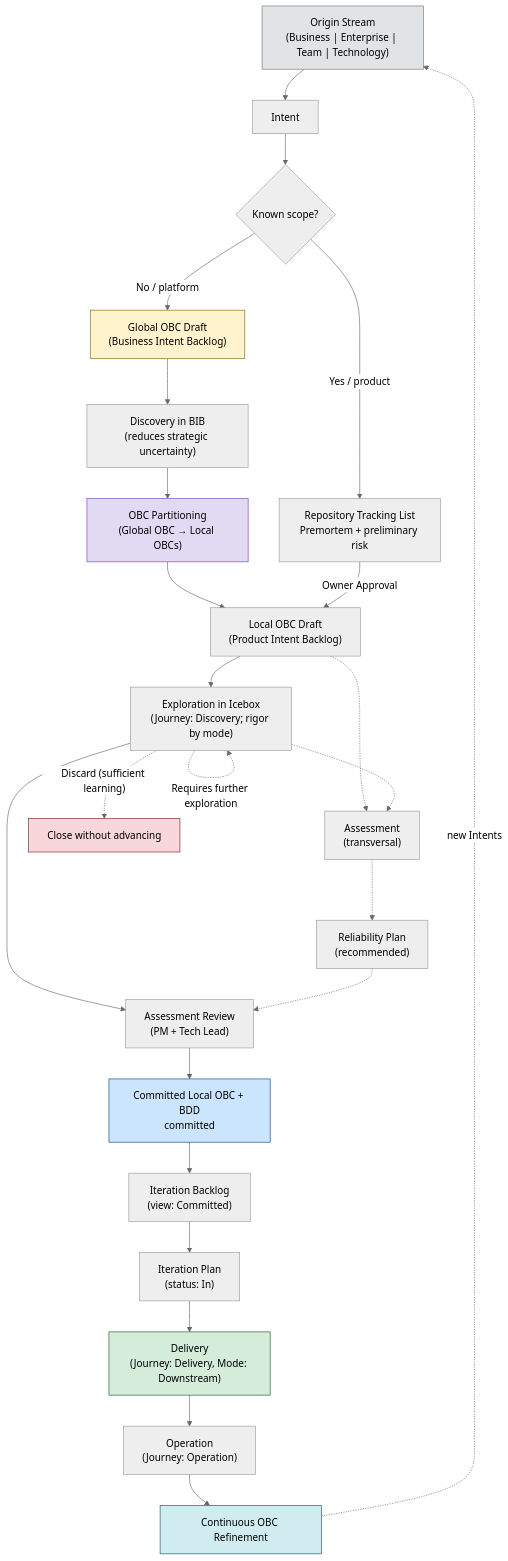
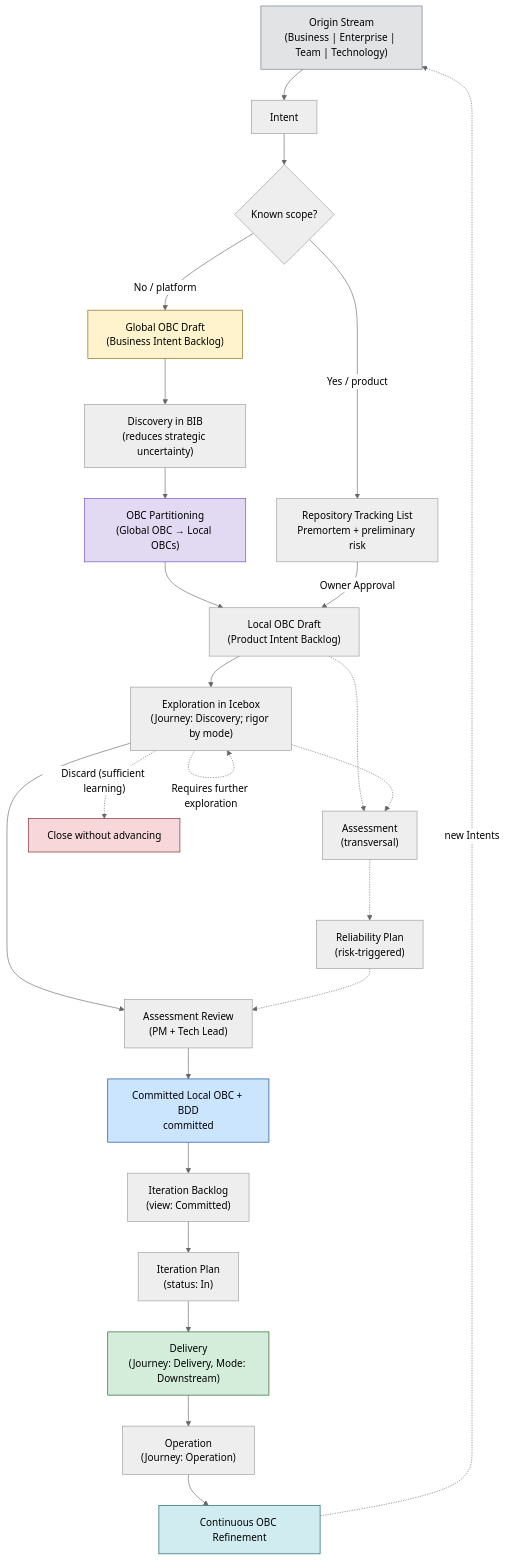
The diagram in prodops/framework/flow.en.md (produtoreativo/payments-api), drawn with Mermaid (neutral theme) before and after one commit. The commit also changed other lines of this file and 15 other files, not shown here.

````diff
--- a/prodops/framework/flow.en.md
+++ b/prodops/framework/flow.en.md
@@ -19,53 +19,53 @@
 ```mermaid
 flowchart TD
     OS["Origin Stream\n(Business | Enterprise | Team | Technology)"]
     I["Intent"]
     CHOICE{"Known scope?"}
     RTL["Repository Tracking List\nPremortem + preliminary risk"]
     GBIB["Global OBC Draft\n(Business Intent Backlog)"]
     EX1["Discovery in BIB\n(reduces strategic uncertainty)"]
     PART["OBC Partitioning\n(Global OBC → Local OBCs)"]
     LPIB["Local OBC Draft\n(Product Intent Backlog)"]
     EX2["Exploration in Icebox\n(Journey: Discovery; rigor by mode)"]
     AS["Assessment\n(transversal)"]
-    RP["Reliability Plan\n(recommended)"]
+    RP["Reliability Plan\n(risk-triggered)"]
     REV["Assessment Review\n(PM + Tech Lead)"]
     OBC["Committed Local OBC + BDD\ncommitted"]
     IP["Iteration Plan\n(status: In)"]
     D["Delivery\n(Journey: Delivery, Mode: Downstream)"]
     OP["Operation\n(Journey: Operation)"]
     REF["Continuous OBC Refinement"]
 
     OS --> I
     I --> CHOICE
     CHOICE -->|"No / platform"| GBIB
     CHOICE -->|"Yes / product"| RTL
     GBIB --> EX1
     EX1 --> PART
     PART --> LPIB
     RTL -->|"Owner Approval"| LPIB
     LPIB --> EX2
     EX2 --> REV
     LPIB -.-> AS
     EX2 -.-> AS
     AS -.-> RP
     RP -.-> REV
     REV --> OBC
     OBC --> IB["Iteration Backlog\n(view: Committed)"]
     IB --> IP
     IP --> D
     D --> OP
     OP --> REF
     REF -.->|"new Intents"| OS
 
     EX2 -.->|"Discard (sufficient learning)"| X[Close without advancing]
     EX2 -.->|"Requires further exploration"| EX2
 
     style OS fill:#e2e3e5,stroke:#6c757d
     style GBIB fill:#fff3cd,stroke:#856404
     style PART fill:#e2d9f3,stroke:#6f42c1
     style OBC fill:#cce5ff,stroke:#004085
     style D fill:#d4edda,stroke:#155724
     style X fill:#f8d7da,stroke:#721c24
     style REF fill:#d1ecf1,stroke:#0c5460
 ```
````
